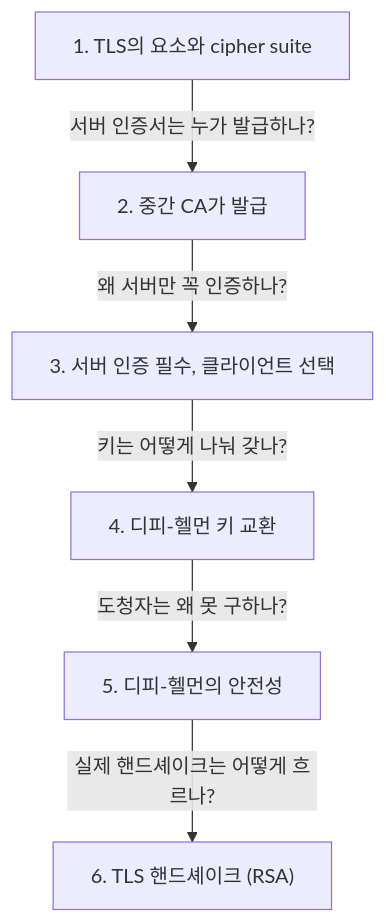
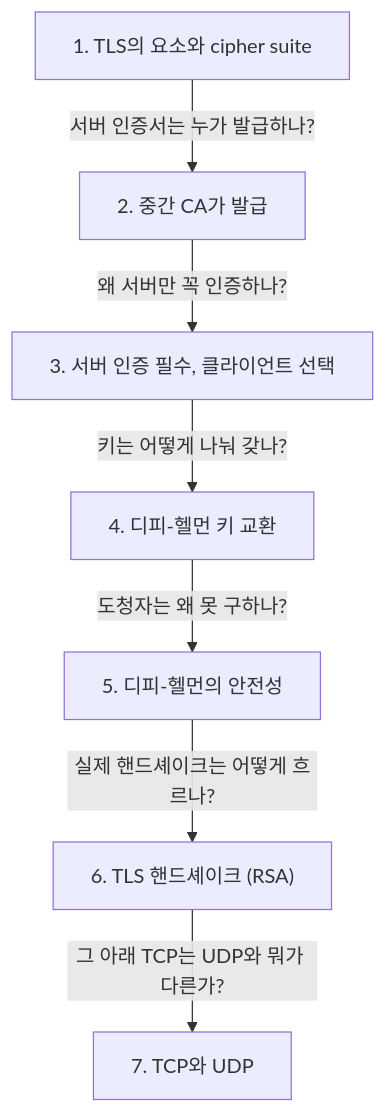
Before and after one commit to ChildrenAon/TIL: the second of 2 diagrams in 2026/November/11-10.md, drawn with Mermaid. The commit also changed other lines of this file and 2 other files, not shown here.

First line of the commit message:
[ONE Student] 이메일 로그인 [정보보안] TLS · TCP/UDP

````diff
--- a/2026/November/11-10.md
+++ b/2026/November/11-10.md
@@ -286,9 +284,10 @@
 ```mermaid
 %%{init: {"flowchart": {"wrappingWidth": 600}, "themeCSS": ".edgeLabel div { display: table-cell !important; width: auto !important; max-width: none !important; white-space: nowrap !important; } .edgeLabel p { padding: 5px 12px !important; margin: 0 !important; background: #55555599; } .edgeLabel, .edgeLabel span, .edgeLabel .labelBkg { background: transparent !important; }"}}%%
 flowchart TD
   A["1. TLS의 요소와 cipher suite"] -->|"서버 인증서는 누가 발급하나?"| B["2. 중간 CA가 발급"]
   B -->|"왜 서버만 꼭 인증하나?"| C["3. 서버 인증 필수, 클라이언트 선택"]
   C -->|"키는 어떻게 나눠 갖나?"| D["4. 디피-헬먼 키 교환"]
   D -->|"도청자는 왜 못 구하나?"| E["5. 디피-헬먼의 안전성"]
   E -->|"실제 핸드셰이크는 어떻게 흐르나?"| F["6. TLS 핸드셰이크 (RSA)"]
+  F -->|"그 아래 TCP는 UDP와 뭐가 다른가?"| G["7. TCP와 UDP"]
 ```
````
